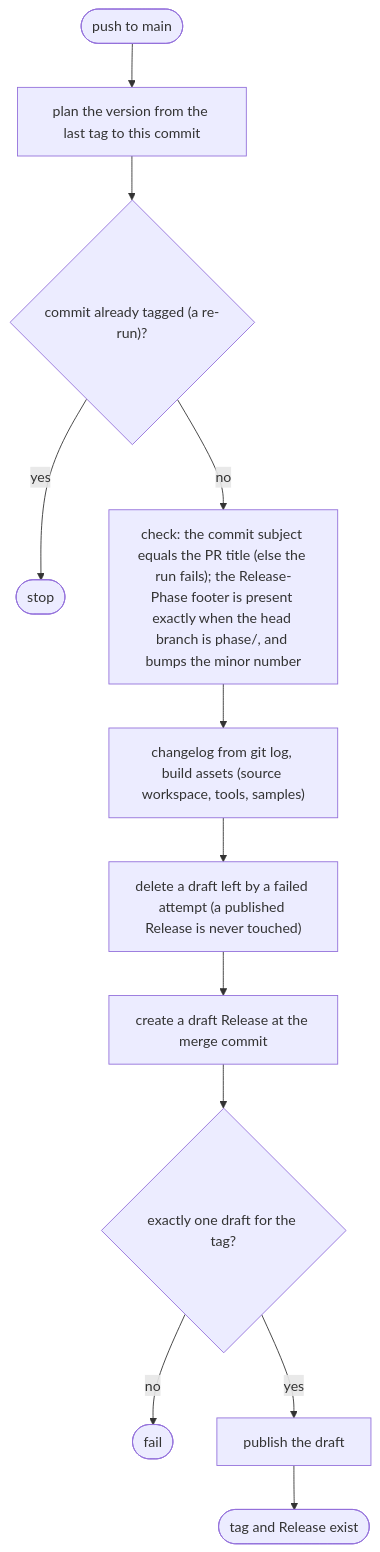
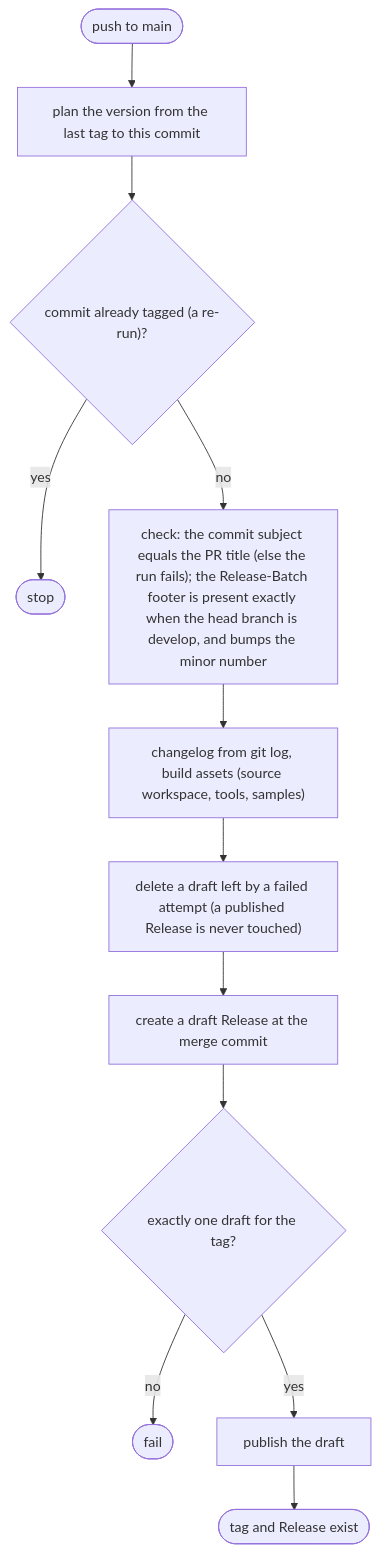
One commit to giamat90/DuckEngine changed the sixth of 7 diagrams in wiki/workflow/ci-diagrams.md. Above: the diagram before and after it, drawn with Mermaid. The commit also changed other lines of this file and 17 other files, not shown here.

````diff
--- a/wiki/workflow/ci-diagrams.md
+++ b/wiki/workflow/ci-diagrams.md
@@ -171,14 +171,14 @@
 ```mermaid
 flowchart TB
   p(["push to main"]) --> plan["plan the version from the last tag to this commit"]
   plan --> skip{"commit already tagged (a re-run)?"}
   skip -- "yes" --> end1(["stop"])
-  skip -- "no" --> sq["check: the commit subject equals the PR title (else the run fails); the Release-Phase footer is present exactly when the head branch is phase/<n>, and bumps the minor number"]
+  skip -- "no" --> sq["check: the commit subject equals the PR title (else the run fails); the Release-Batch footer is present exactly when the head branch is develop, and bumps the minor number"]
   sq --> mk["changelog from git log, build assets (source workspace, tools, samples)"]
   mk --> old["delete a draft left by a failed attempt (a published Release is never touched)"]
   old --> dr["create a draft Release at the merge commit"]
   dr --> one{"exactly one draft for the tag?"}
   one -- "no" --> fail(["fail"])
   one -- "yes" --> pub["publish the draft"]
   pub --> end2(["tag and Release exist"])
 ```
````
